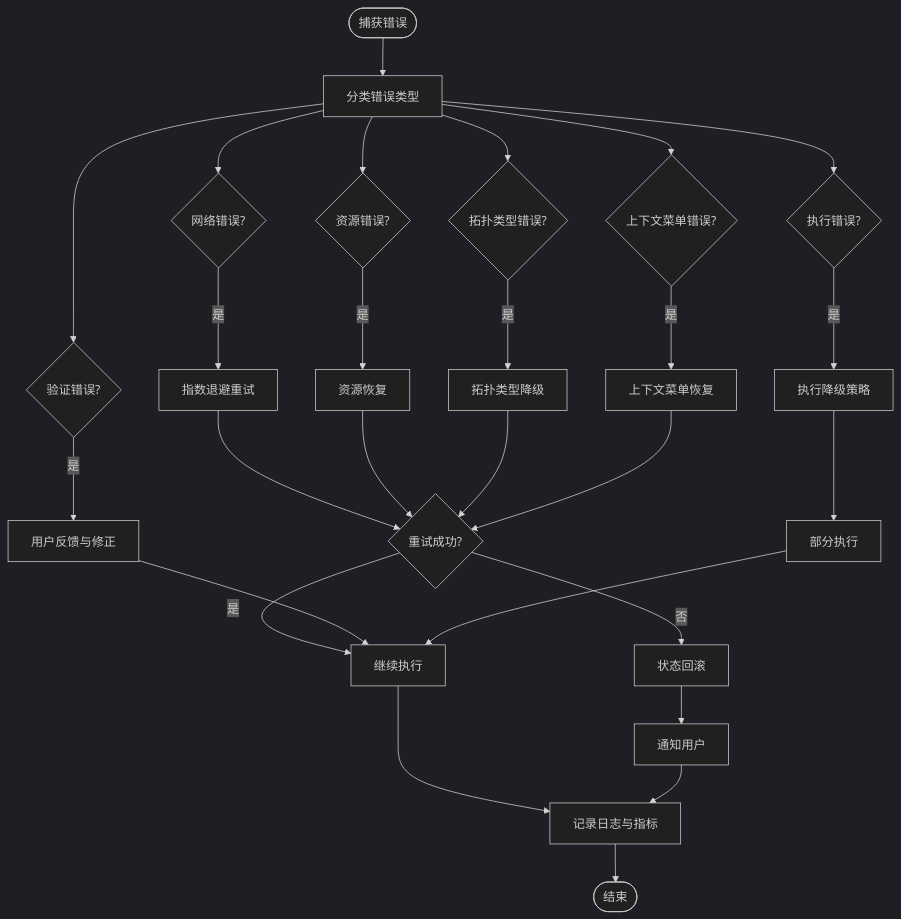
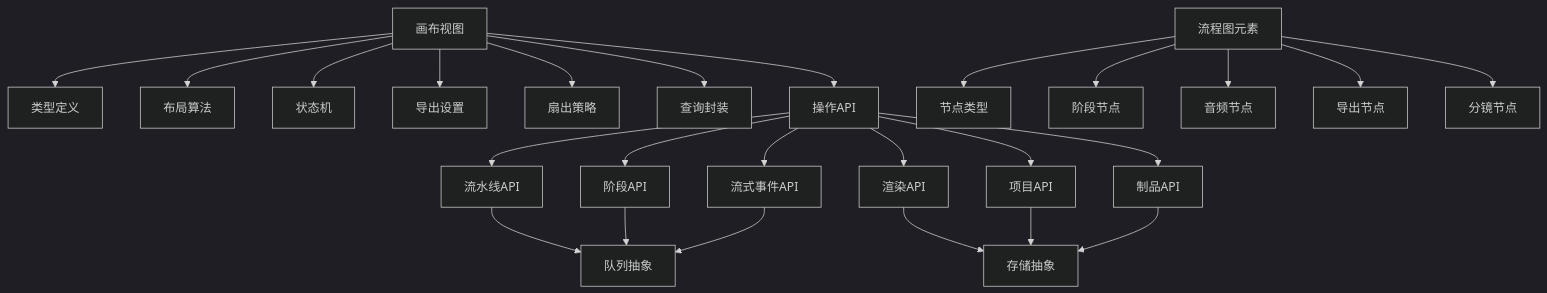
Before and after one commit to scottcwy/PurpleInk: diagram 11 of 11 in .qoder/repowiki/zh/content/画布编辑器/画布编辑器.md, drawn with Mermaid (dark theme). The commit also changed other lines of this file and 872 other files, not shown here.

````diff
--- a/.qoder/repowiki/zh/content/画布编辑器/画布编辑器.md
+++ b/.qoder/repowiki/zh/content/画布编辑器/画布编辑器.md
@@ -826,29 +505,27 @@
 ```mermaid
-flowchart TD
-Start(["捕获错误"]) --> Classify["分类错误类型"]
-Classify --> NetworkErr{"网络错误?"}
-Classify --> ValidationErr{"验证错误?"}
-Classify --> ExecutionErr{"执行错误?"}
-Classify --> ResourceErr{"资源错误?"}
-Classify --> TopologyErr{"拓扑类型错误?"}
-Classify --> ContextMenuErr{"上下文菜单错误?"}
-NetworkErr --> |是| RetryWithBackoff["指数退避重试"]
-ValidationErr --> |是| UserFeedback["用户反馈与修正"]
-ExecutionErr --> |是| FallbackStrategy["执行降级策略"]
-ResourceErr --> |是| ResourceRecovery["资源恢复"]
-TopologyErr --> |是| TopologyFallback["拓扑类型降级"]
-ContextMenuErr --> |是| ContextMenuRecovery["上下文菜单恢复"]
-RetryWithBackoff --> Success{"重试成功?"}
-FallbackStrategy --> PartialExec["部分执行"]
-ResourceRecovery --> Success
-TopologyFallback --> Success
-ContextMenuRecovery --> Success
-Success --> |是| Continue["继续执行"]
-Success --> |否| Rollback["状态回滚"]
-UserFeedback --> Continue
-PartialExec --> Continue
-Rollback --> Notify["通知用户"]
-Continue --> Log["记录日志与指标"]
-Notify --> Log
-Log --> End(["结束"])
+graph TB
+CanvasView["画布视图"] --> Types["类型定义"]
+CanvasView --> Layout["布局算法"]
+CanvasView --> Status["状态机"]
+CanvasView --> ExportSettings["导出设置"]
+CanvasView --> FanOut["扇出策略"]
+CanvasView --> Queries["查询封装"]
+CanvasView --> Actions["操作API"]
+FlowElements["流程图元素"] --> NodeTypes["节点类型"]
+FlowElements --> StageNode["阶段节点"]
+FlowElements --> AudioNode["音频节点"]
+FlowElements --> ExportNode["导出节点"]
+FlowElements --> ShotNode["分镜节点"]
+Actions --> PipelineAPI["流水线API"]
+Actions --> StageAPI["阶段API"]
+Actions --> StreamAPI["流式事件API"]
+Actions --> RenderAPI["渲染API"]
+Actions --> ProjectAPI["项目API"]
+Actions --> ArtifactAPI["制品API"]
+PipelineAPI --> Queue["队列抽象"]
+StageAPI --> Queue
+StreamAPI --> Queue
+RenderAPI --> Storage["存储抽象"]
+ProjectAPI --> Storage
+ArtifactAPI --> Storage
 ```
````
